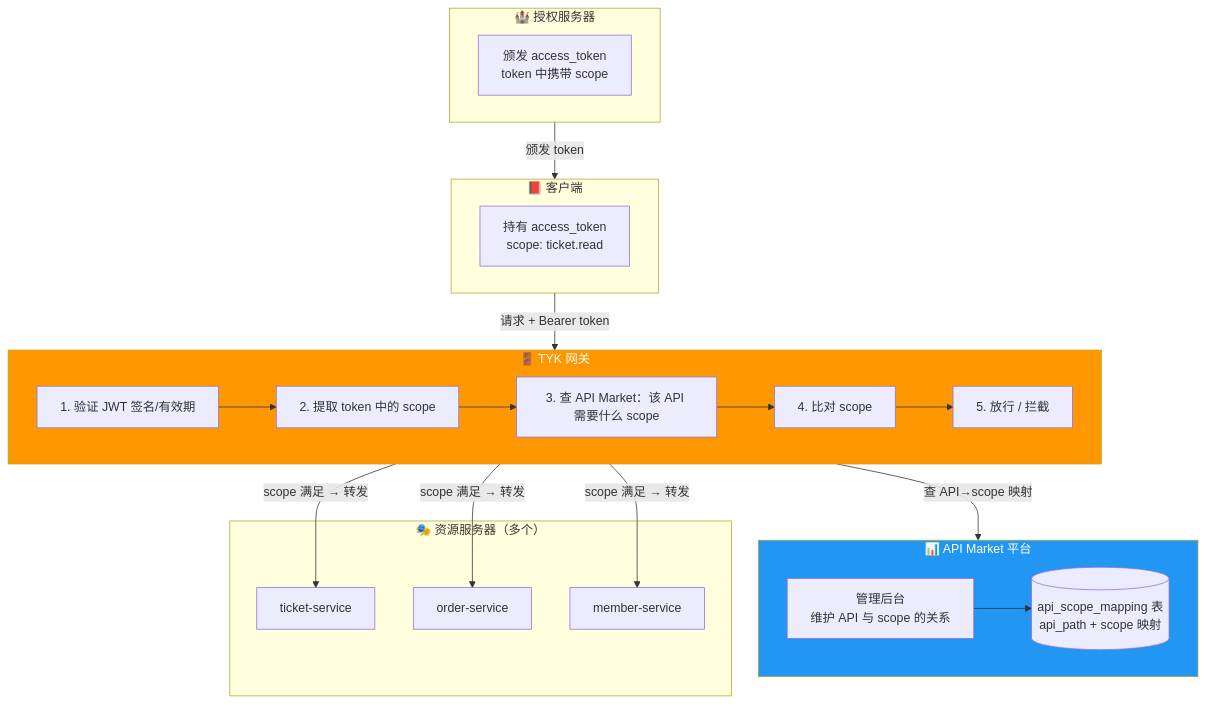
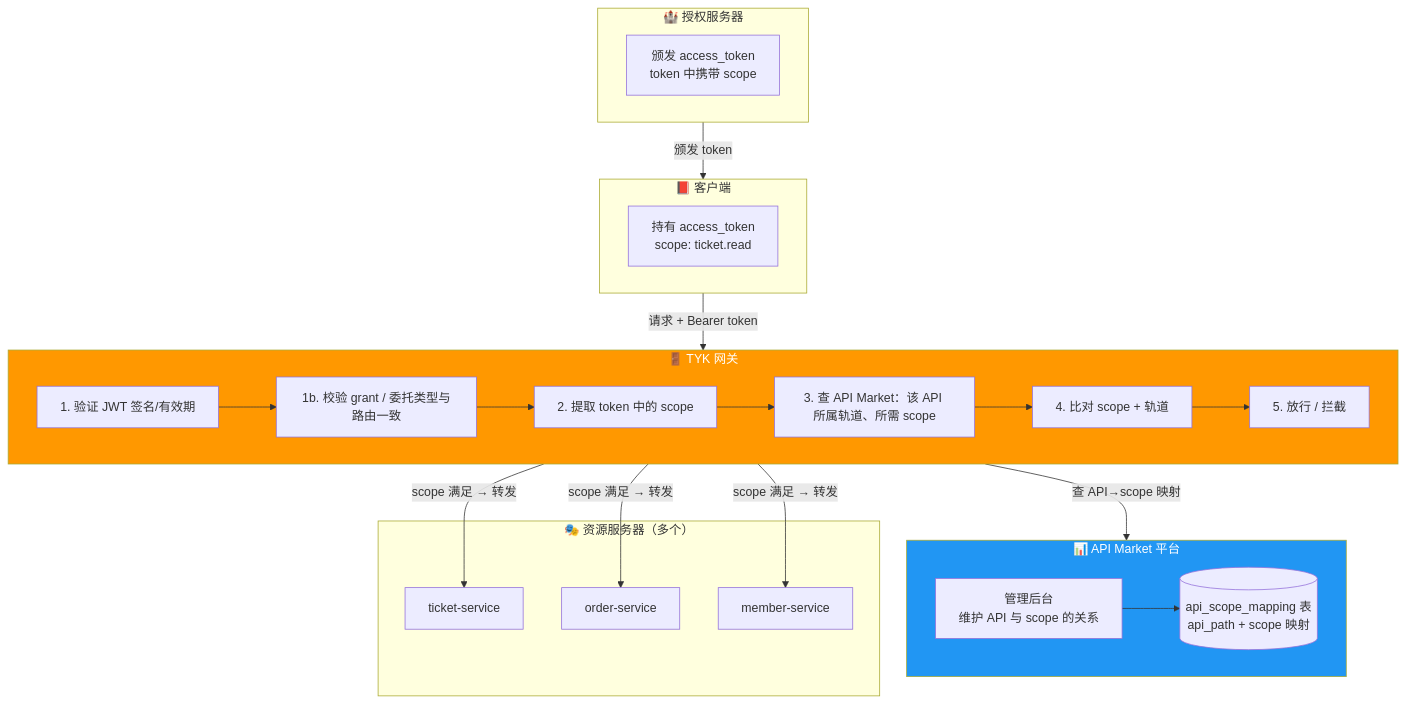
Before and after one commit to codingoer/spring-authorization-server: the fifth of 10 diagrams in samples/scope-plan.md, drawn with Mermaid. The commit also changed other lines of this file and 1 other file, not shown here.

Commit message:
scope plan

````diff
--- a/samples/scope-plan.md
+++ b/samples/scope-plan.md
@@ -330,41 +394,42 @@
 ```mermaid
 flowchart TB
     subgraph Client["📕 客户端"]
         C1["持有 access_token<br/>scope: ticket.read"]
     end
 
     subgraph GW["🚪 TYK 网关"]
         GW1["1. 验证 JWT 签名/有效期"]
+        GW1b["1b. 校验 grant / 委托类型与路由一致"]
         GW2["2. 提取 token 中的 scope"]
-        GW3["3. 查 API Market：该 API 需要什么 scope"]
-        GW4["4. 比对 scope"]
+        GW3["3. 查 API Market：该 API 所属轨道、所需 scope"]
+        GW4["4. 比对 scope + 轨道"]
         GW5["5. 放行 / 拦截"]
-        GW1 --> GW2 --> GW3 --> GW4 --> GW5
+        GW1 --> GW1b --> GW2 --> GW3 --> GW4 --> GW5
     end
 
     subgraph API_Market["📊 API Market 平台"]
         AM1[("api_scope_mapping 表<br/>api_path + scope 映射")]
         AM2["管理后台<br/>维护 API 与 scope 的关系"]
         AM2 --> AM1
     end
 
     subgraph RS["🎭 资源服务器（多个）"]
         RS1["ticket-service"]
         RS2["order-service"]
         RS3["member-service"]
     end
 
     subgraph AS["🏰 授权服务器"]
         AS1["颁发 access_token<br/>token 中携带 scope"]
     end
 
     Client -->|"请求 + Bearer token"| GW
     GW -->|"查 API→scope 映射"| API_Market
     GW -->|"scope 满足 → 转发"| RS1
     GW -->|"scope 满足 → 转发"| RS2
     GW -->|"scope 满足 → 转发"| RS3
     AS -->|"颁发 token"| Client
 
     style GW fill:#FF9800,color:#fff
     style API_Market fill:#2196F3,color:#fff
 ```
````
